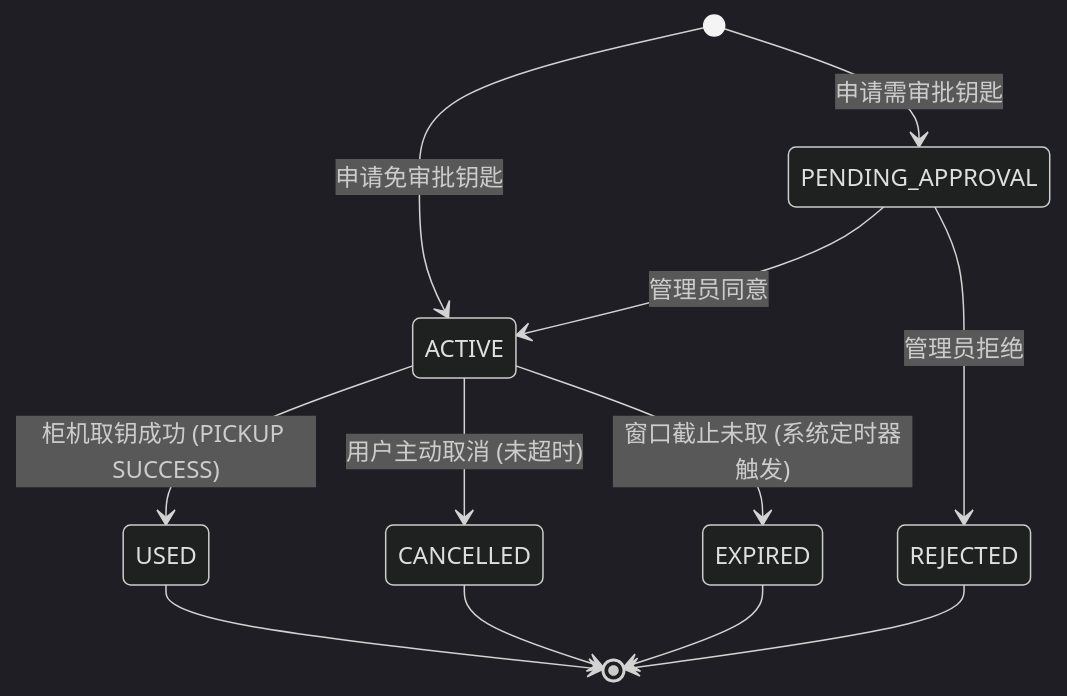
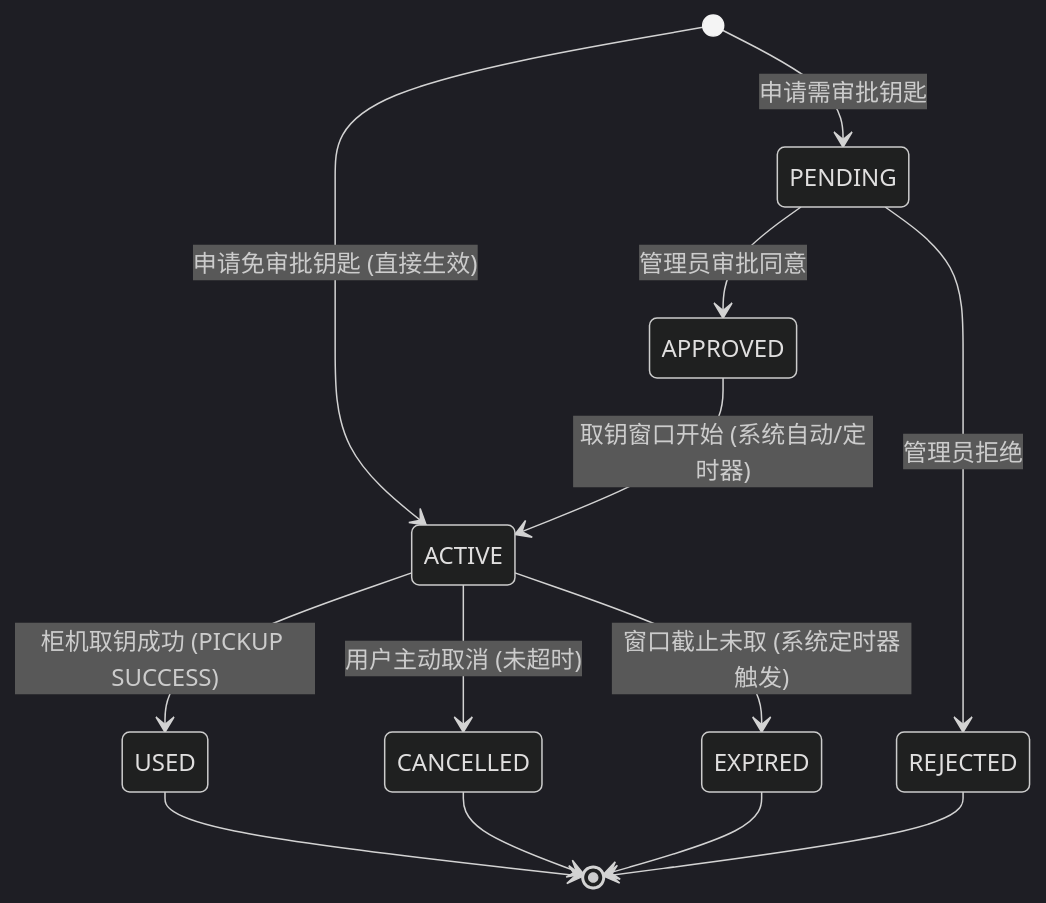
One commit to zhouwu97/key-cabinet changed the second of 5 diagrams in docs/03-STATE-MACHINE.md. Above: the diagram before and after it, drawn with Mermaid (dark theme). The commit also changed other lines of this file and 5 other files, not shown here.

````diff
--- a/docs/03-STATE-MACHINE.md
+++ b/docs/03-STATE-MACHINE.md
@@ -82,14 +83,15 @@
 ```mermaid
 stateDiagram-v2
-    [*] --> PENDING_APPROVAL : 申请需审批钥匙
-    [*] --> ACTIVE : 申请免审批钥匙
-    PENDING_APPROVAL --> ACTIVE : 管理员同意
-    PENDING_APPROVAL --> REJECTED : 管理员拒绝
+    [*] --> PENDING : 申请需审批钥匙
+    [*] --> ACTIVE : 申请免审批钥匙 (直接生效)
+    PENDING --> APPROVED : 管理员审批同意
+    PENDING --> REJECTED : 管理员拒绝
+    APPROVED --> ACTIVE : 取钥窗口开始 (系统自动/定时器)
     ACTIVE --> USED : 柜机取钥成功 (PICKUP SUCCESS)
     ACTIVE --> CANCELLED : 用户主动取消 (未超时)
     ACTIVE --> EXPIRED : 窗口截止未取 (系统定时器触发)
     USED --> [*]
     CANCELLED --> [*]
     EXPIRED --> [*]
     REJECTED --> [*]
 ```
````
